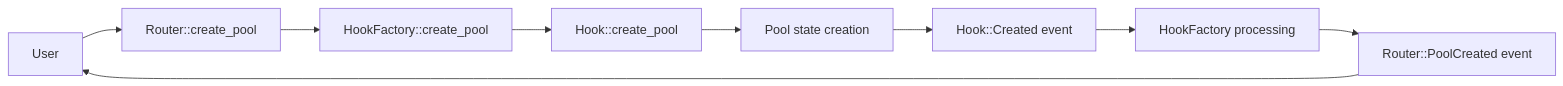
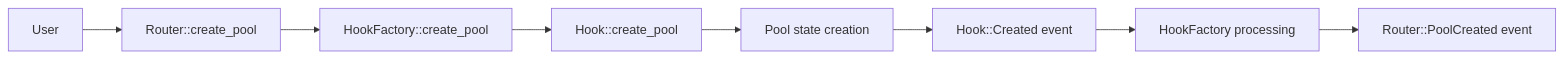
The first of 8 diagrams in README.md (yadsendeww/hook-documentation), drawn with Mermaid before and after one commit.

````diff
--- a/README.md
+++ b/README.md
@@ -137,11 +137,10 @@
 ```mermaid
 flowchart LR
     User --> Router[Router::create_pool]
     Router --> Factory[HookFactory::create_pool]
     Factory --> Hook[Hook::create_pool]
     Hook --> State[Pool state creation]
     State --> Event[Hook::Created event]
     Event --> FactoryBack[HookFactory processing]
     FactoryBack --> RouterEvent[Router::PoolCreated event]
-    RouterEvent --> User
 ```
````
